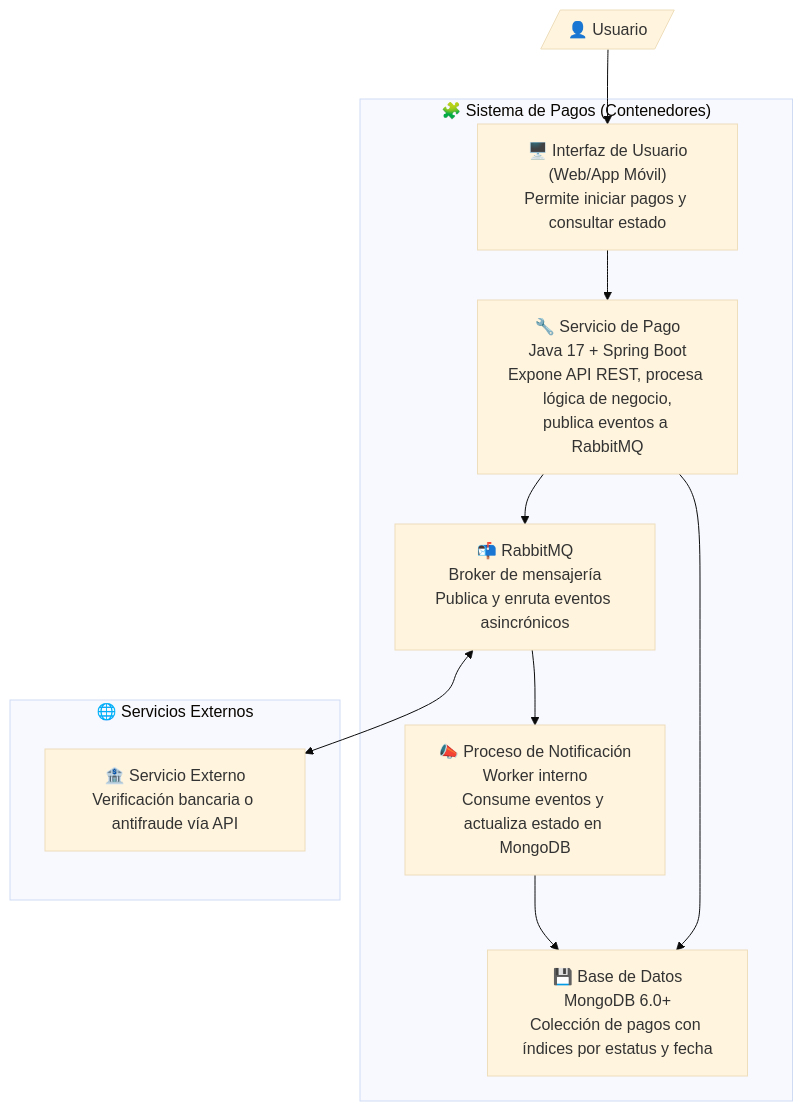
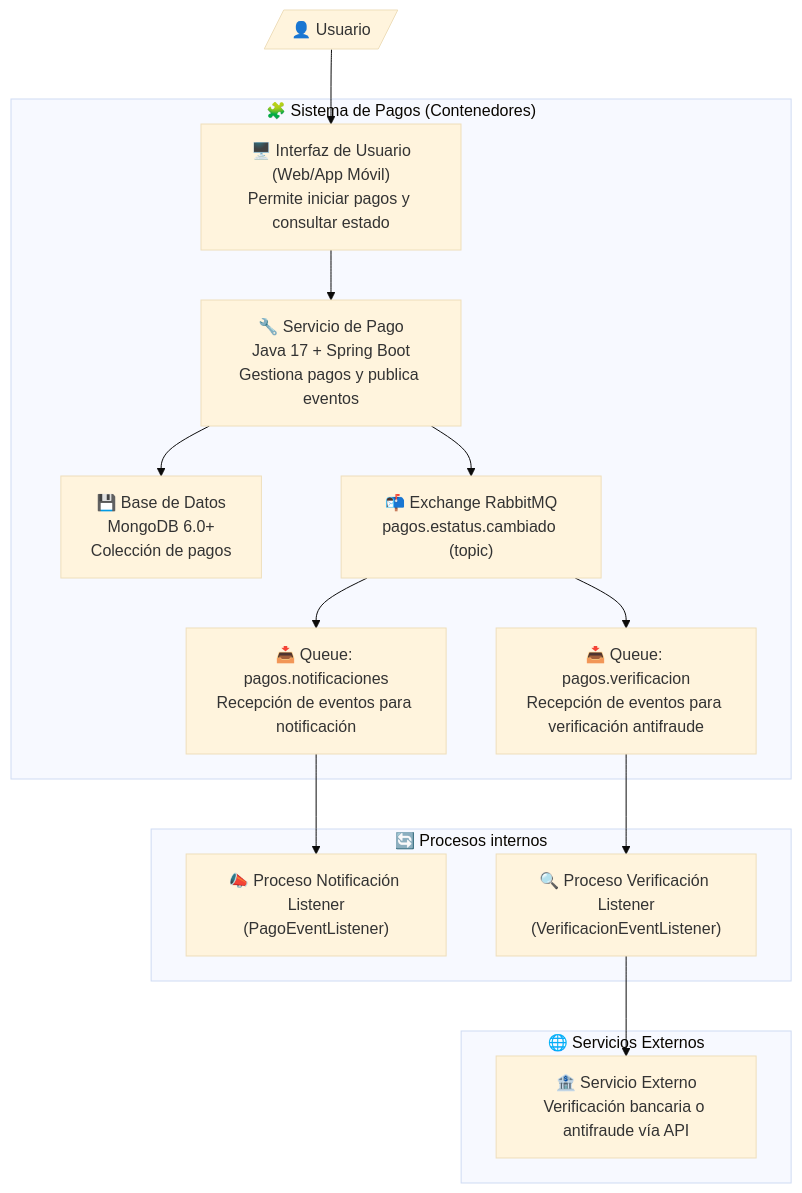
Before and after one commit to zago88/prueba-tecnica: the diagram in README.md, drawn with Mermaid (base theme). The commit also changed other lines of this file and 1 other file, not shown here.

Commit message:
actualización de README

````diff
--- a/README.md
+++ b/README.md
@@ -247,30 +247,39 @@
 ```mermaid
 graph TD
 
-    %% Persona
+    %% Personas
     Usuario[/"👤 Usuario"/]
 
     %% Sistema principal
     subgraph "🧩 Sistema de Pagos (Contenedores)"
         UI["🖥️ Interfaz de Usuario\n(Web/App Móvil)\nPermite iniciar pagos y consultar estado"]
-        SP["🔧 Servicio de Pago\nJava 17 + Spring Boot\nExpone API REST, procesa lógica de negocio,\npublica eventos a RabbitMQ"]
-        BD["💾 Base de Datos\nMongoDB 6.0+\nColección de pagos con índices por estatus y fecha"]
-        RMQ["📬 RabbitMQ\nBroker de mensajería\nPublica y enruta eventos asincrónicos"]
-        PN["📣 Proceso de Notificación\nWorker interno\nConsume eventos y actualiza estado en MongoDB"]
+        SP["🔧 Servicio de Pago\nJava 17 + Spring Boot\nGestiona pagos y publica eventos"]
+        BD["💾 Base de Datos\nMongoDB 6.0+\nColección de pagos"]
+        EX["📬 Exchange RabbitMQ\npagos.estatus.cambiado (topic)"]
+        QN["📥 Queue: pagos.notificaciones\nRecepción de eventos para notificación"]
+        QV["📥 Queue: pagos.verificacion\nRecepción de eventos para verificación antifraude"]
+    end
+
+    %% Consumidores internos
+    subgraph "🔄 Procesos internos"
+        PN["📣 Proceso Notificación Listener\n(PagoEventListener)"]
+        PV["🔍 Proceso Verificación Listener\n(VerificacionEventListener)"]
     end
 
     %% Sistema externo
     subgraph "🌐 Servicios Externos"
         SE["🏦 Servicio Externo\nVerificación bancaria o antifraude vía API"]
     end
 
     %% Relaciones
     Usuario --> UI
     UI --> SP
     SP --> BD
-    SP --> RMQ
-    RMQ --> PN
-    PN --> BD
-    RMQ <--> SE
+    SP --> EX
+    EX --> QN
+    EX --> QV
+    QN --> PN
+    QV --> PV
+    PV --> SE
 
 ```
````
